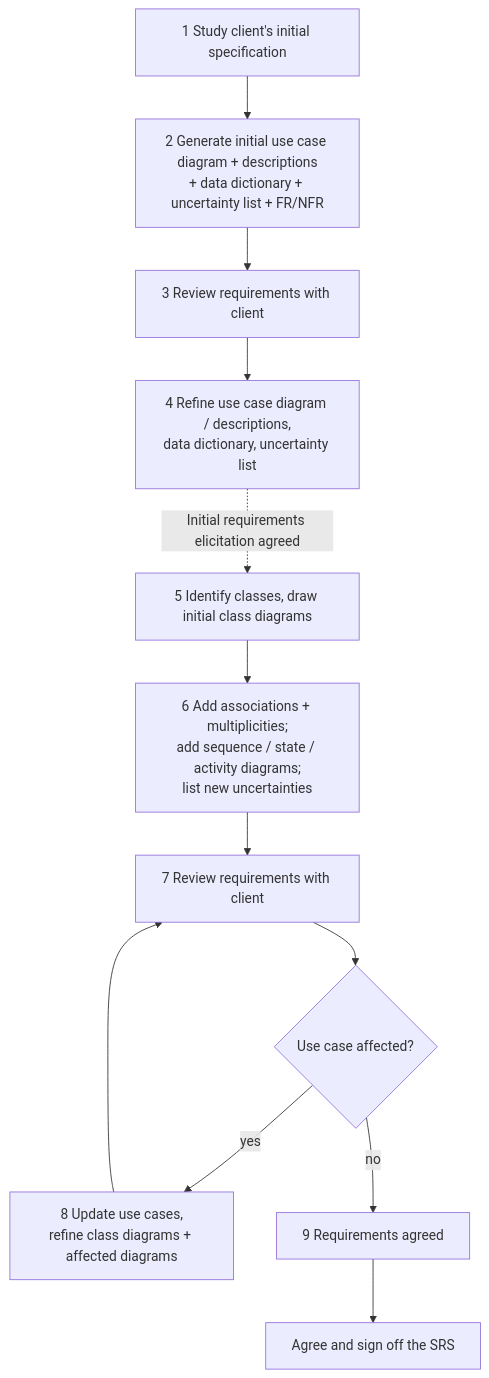
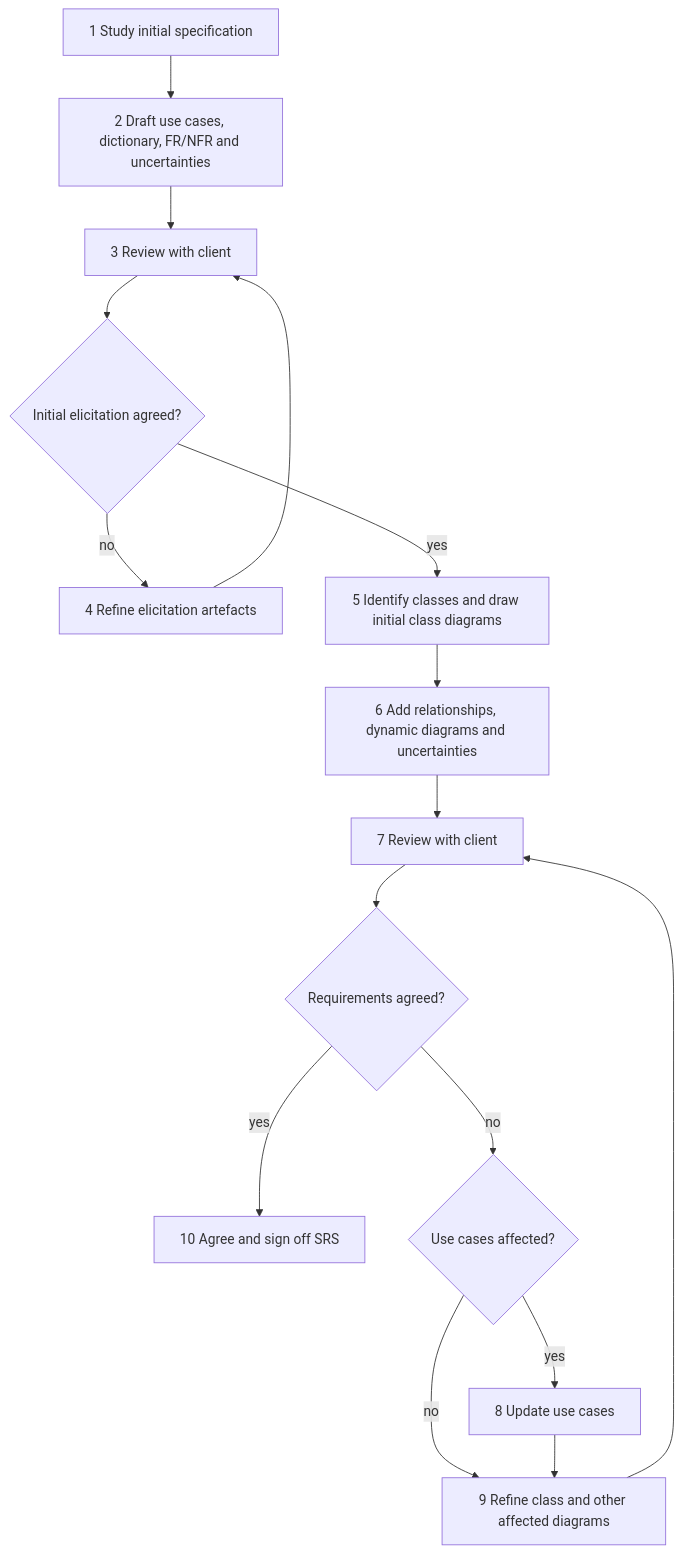
Diagram 16 of 41 in sc2006/SC2006_Study_Guide.md (lekekbot/ntu-cs), drawn with Mermaid before and after one commit. The commit also changed other lines of this file, not shown here.

````diff
--- a/sc2006/SC2006_Study_Guide.md
+++ b/sc2006/SC2006_Study_Guide.md
@@ -817,14 +800,18 @@
 ```mermaid
 flowchart TD
-    A[1 Study client's initial specification] --> B[2 Generate initial use case diagram + descriptions<br/>+ data dictionary + uncertainty list + FR/NFR]
-    B --> C[3 Review requirements with client]
-    C --> D[4 Refine use case diagram / descriptions,<br/>data dictionary, uncertainty list]
-    D -.->|Initial requirements elicitation agreed| E[5 Identify classes, draw initial class diagrams]
-    E --> F["6 Add associations + multiplicities;<br/>add sequence / state / activity diagrams;<br/>list new uncertainties"]
-    F --> G[7 Review requirements with client]
-    G --> Q{Use case affected?}
-    Q -->|yes| H[8 Update use cases,<br/>refine class diagrams + affected diagrams]
-    H --> G
-    Q -->|no| I[9 Requirements agreed]
-    I --> J[Agree and sign off the SRS]
+    A["1 Study initial specification"] --> B["2 Draft use cases, dictionary, FR/NFR and uncertainties"]
+    B --> C["3 Review with client"]
+    C --> D{"Initial elicitation agreed?"}
+    D -->|no| E["4 Refine elicitation artefacts"]
+    E --> C
+    D -->|yes| F["5 Identify classes and draw initial class diagrams"]
+    F --> G["6 Add relationships, dynamic diagrams and uncertainties"]
+    G --> H["7 Review with client"]
+    H --> I{"Requirements agreed?"}
+    I -->|yes| J["10 Agree and sign off SRS"]
+    I -->|no| K{"Use cases affected?"}
+    K -->|yes| L["8 Update use cases"]
+    K -->|no| M["9 Refine class and other affected diagrams"]
+    L --> M
+    M --> H
 ```
````
